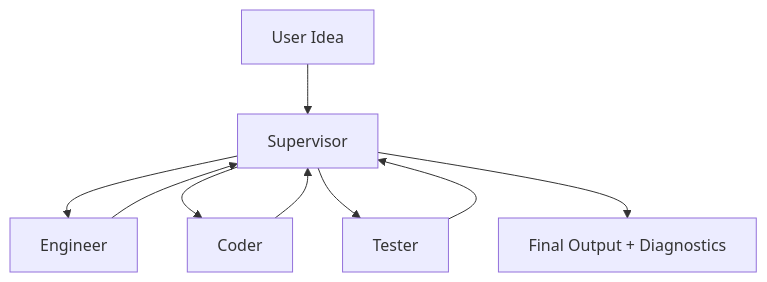
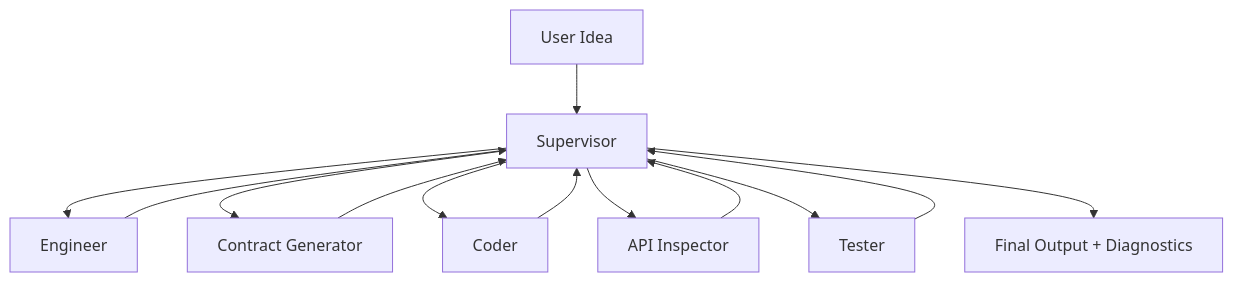
The diagram in README.md (PyAimind/MetaForge), drawn with Mermaid before and after one commit. The commit also changed other lines of this file and 1 other file, not shown here.

````diff
--- a/README.md
+++ b/README.md
@@ -17,11 +17,15 @@
 ```mermaid
 flowchart TD
     A[User Idea] --> B[Supervisor]
     B --> C[Engineer]
     C --> B
-    B --> D[Coder]
+    B --> D[Contract Generator]
     D --> B
-    B --> E[Tester]
+    B --> E[Coder]
     E --> B
-    B --> F[Final Output + Diagnostics]
+    B --> F[API Inspector]
+    F --> B
+    B --> G[Tester]
+    G --> B
+    B --> H[Final Output + Diagnostics]
 ```
````
